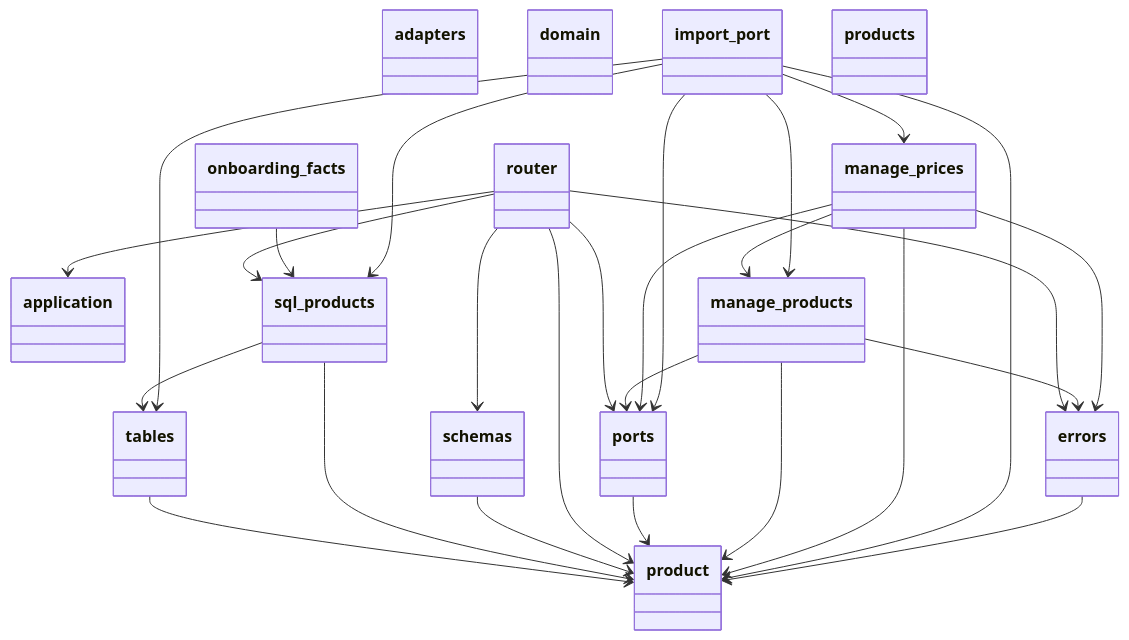
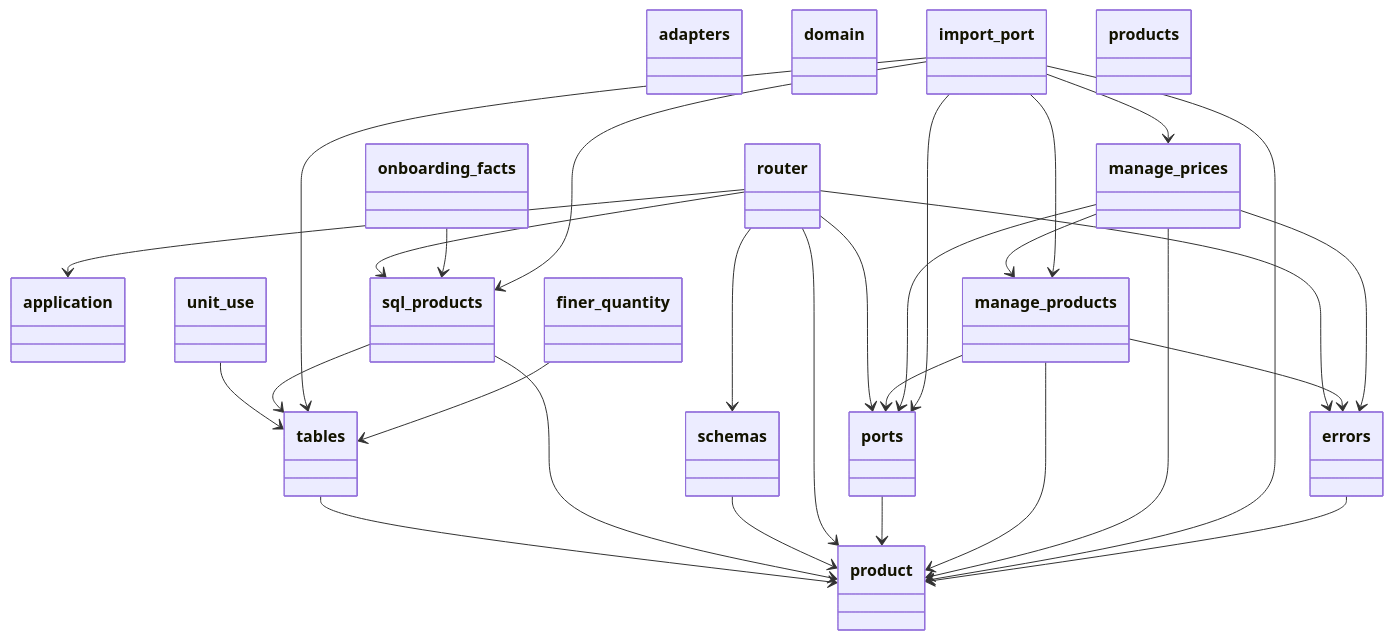
One commit to GonzaloZevallos/apostrophe changed the first of 4 diagrams in docs/architecture/generated/classes/products.md. Above: the diagram before and after it, drawn with Mermaid. The commit also changed other lines of this file and 4 other files, not shown here.

Commit message:
Regenerate the API and architecture docs for the guarded decimals update

````diff
--- a/docs/architecture/generated/classes/products.md
+++ b/docs/architecture/generated/classes/products.md
@@ -7,59 +7,65 @@
 ```mermaid
 classDiagram
   class adapters {
   }
   class application {
   }
   class domain {
   }
   class errors {
+  }
+  class finer_quantity {
   }
   class import_port {
   }
   class manage_prices {
   }
   class manage_products {
   }
   class onboarding_facts {
   }
   class ports {
   }
   class product {
   }
   class products {
   }
   class router {
   }
   class schemas {
   }
   class sql_products {
   }
   class tables {
   }
+  class unit_use {
+  }
   errors --> product
+  finer_quantity --> tables
   import_port --> manage_prices
   import_port --> manage_products
   import_port --> ports
   import_port --> product
   import_port --> sql_products
   import_port --> tables
   manage_prices --> errors
   manage_prices --> manage_products
   manage_prices --> ports
   manage_prices --> product
   manage_products --> errors
   manage_products --> ports
   manage_products --> product
   onboarding_facts --> sql_products
   ports --> product
   router --> application
   router --> errors
   router --> ports
   router --> product
   router --> schemas
   router --> sql_products
   schemas --> product
   sql_products --> product
   sql_products --> tables
   tables --> product
+  unit_use --> tables
 ```
````
